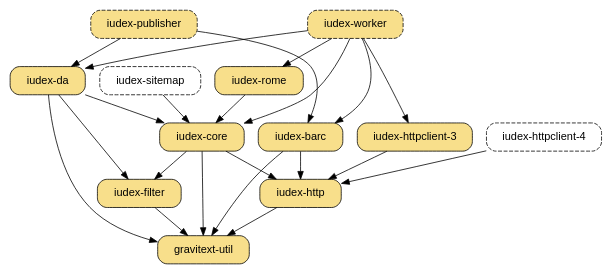
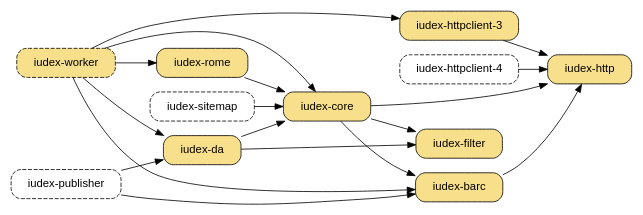
Before and after one commit to dekellum/iudex: the diagram in www/_dot/iudex.dot, drawn with Graphviz. The commit also changed 2 other files, not shown here.

Commit message:
www: Adjust deps, core -> barc; improve da summary

```diff
--- a/www/_dot/iudex.dot
+++ b/www/_dot/iudex.dot
@@ -1,62 +1,67 @@
 digraph "iudex-gems" {
-  rankdir=TB
-  size="6.0,5";
+  rankdir=LR
+  size="6.5,4";
   bgcolor="transparent";
   node [ shape=box, style="filled,rounded", fillcolor="#f8df8b",
          fontname="Arial",  margin="0.30,0.1" ];
 
-  "iudex-filter" -> "gravitext-util"
-  "iudex-da"     -> "gravitext-util"
+#  "iudex-filter" -> "gravitext-util"
+#  "iudex-da"     -> "gravitext-util"
   "iudex-da"     [ target=_parent, URL="../da.html" ];
   "iudex-da"     -> "iudex-filter"
   "iudex-da"     -> "iudex-core"
 
-  "iudex-core"   -> "gravitext-util"
+#  "iudex-core"   -> "gravitext-util"
   "iudex-core"   -> "iudex-filter"
   "iudex-core"   -> "iudex-http"
+  "iudex-core"     -> "iudex-barc"
 
   "iudex-rome"   -> "iudex-core"
 
   "iudex-sitemap" [ style="rounded,dashed" ];
   "iudex-sitemap" [ target=_parent, URL="../sitemap.html" ];
   "iudex-sitemap" -> "iudex-core"
 
-  "iudex-barc"   -> "gravitext-util"
+#  "iudex-barc"   -> "gravitext-util"
   "iudex-barc"   -> "iudex-http"
   "iudex-barc"   [ target=_parent, URL="../barc.html" ];
-  "iudex-http"   -> "gravitext-util"
+#  "iudex-http"   -> "gravitext-util"
 
-  "iudex-httpclient-3" -> "iudex-http"
+  subgraph cluster_0 {
+    style=invis;
+    "iudex-http"
+    "iudex-httpclient-3" -> "iudex-http"
 
-  "iudex-httpclient-4" [ style="rounded,dashed" ];
-  "iudex-httpclient-4" -> "iudex-http"
+    "iudex-httpclient-4" [ style="rounded,dashed" ];
+    "iudex-httpclient-4" -> "iudex-http"
+  }
 
   "iudex-worker" [ style="filled,rounded,dashed" ];
   "iudex-worker" -> "iudex-da"
   "iudex-worker" -> "iudex-rome"
   "iudex-worker" -> "iudex-core"
   "iudex-worker" -> "iudex-httpclient-3"
   "iudex-worker" -> "iudex-barc"
 
-  "iudex-publisher" [ style="filled,rounded,dashed" ];
+  "iudex-publisher" [ style="rounded,dashed" ];
   "iudex-publisher" -> "iudex-da"
   "iudex-publisher" -> "iudex-barc"
 
 #  "iudex-filter" -> "rjack-slf4j"
 #  "iudex-filter" -> "rjack-logback"
 #  "iudex-http"   -> "rjack-slf4j"
 #  "iudex-barc"   -> "rjack-slf4j"
 #  "iudex-core"   -> "rjack-slf4j"
 #  "iudex-core"   -> "rjack-logback"
 #  "iudex-da"     -> "rjack-slf4j"
 
 #  "rjack-httpclient" -> "rjack-commons-codec";
 #  "rjack-httpclient" -> "rjack-logback" [ style=dashed, label="dev" ];
 #  "rjack-httpclient" -> "rjack-slf4j";
 
 #  "rjack-slf4j"   [ group=log ];
 #  "rjack-logback" [ group=log ];
 #  "rjack-logback" -> "rjack-slf4j";
 #  "rjack-commons-codec"   [ group=commons ];
 
 }
```
